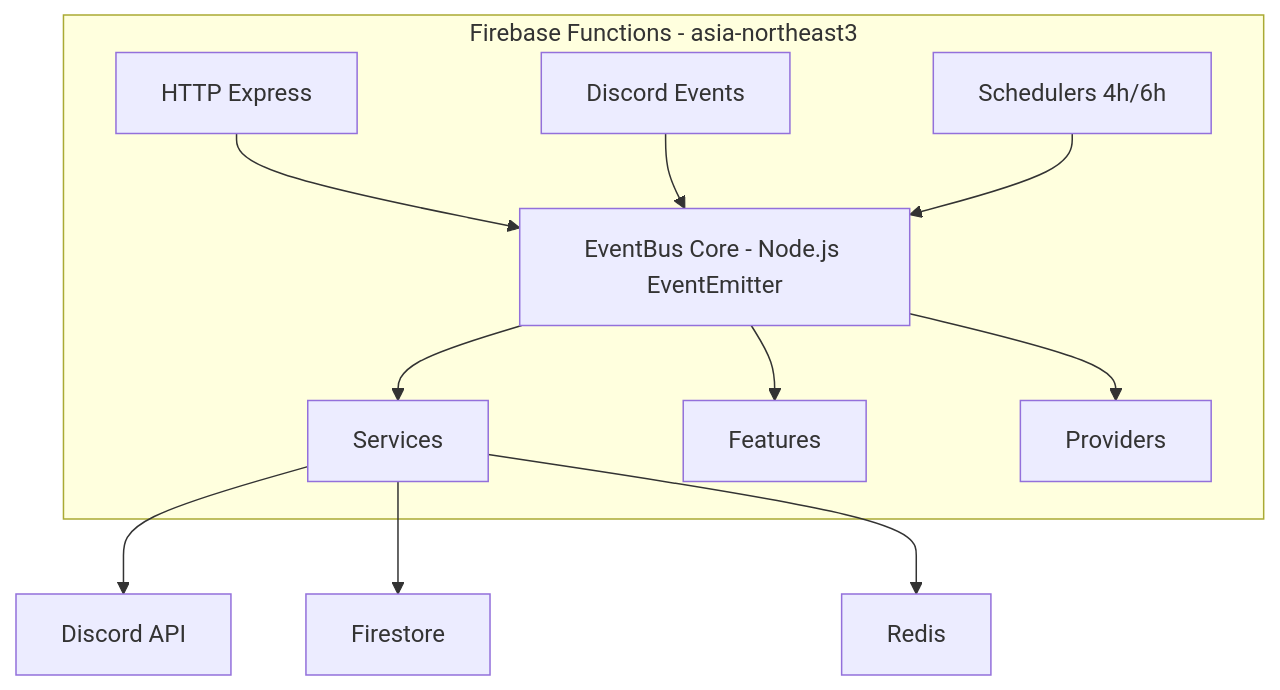
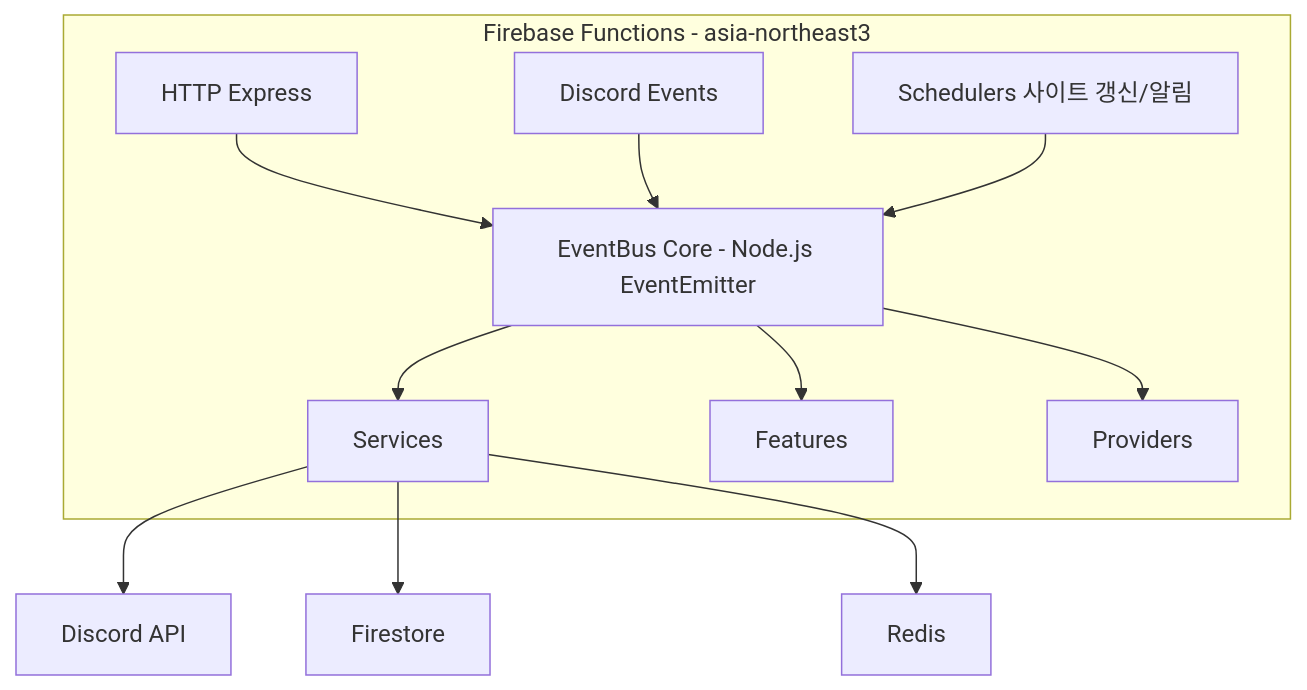
One commit to jscht/sria-notify-discord changed the first of 3 diagrams in .claude/docs/ARCHITECTURE.md. Above: the diagram before and after it, drawn with Mermaid. The commit also changed other lines of this file and 10 other files, not shown here.

````diff
--- a/.claude/docs/ARCHITECTURE.md
+++ b/.claude/docs/ARCHITECTURE.md
@@ -11,14 +11,14 @@
 ```mermaid
 graph TD
     subgraph Firebase Functions - asia-northeast3
         HTTP[HTTP Express] --> EventBus[EventBus Core - Node.js EventEmitter]
         Discord[Discord Events] --> EventBus
-        Schedulers[Schedulers 4h/6h] --> EventBus
+        Schedulers[Schedulers 사이트 갱신/알림] --> EventBus
         EventBus --> Services
         EventBus --> Features
         EventBus --> Providers
     end
     Services --> DiscordAPI[Discord API]
     Services --> Firestore
     Services --> Redis
 ```
````
